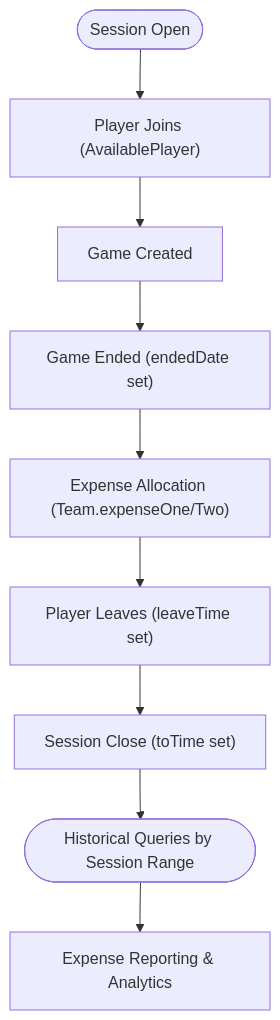
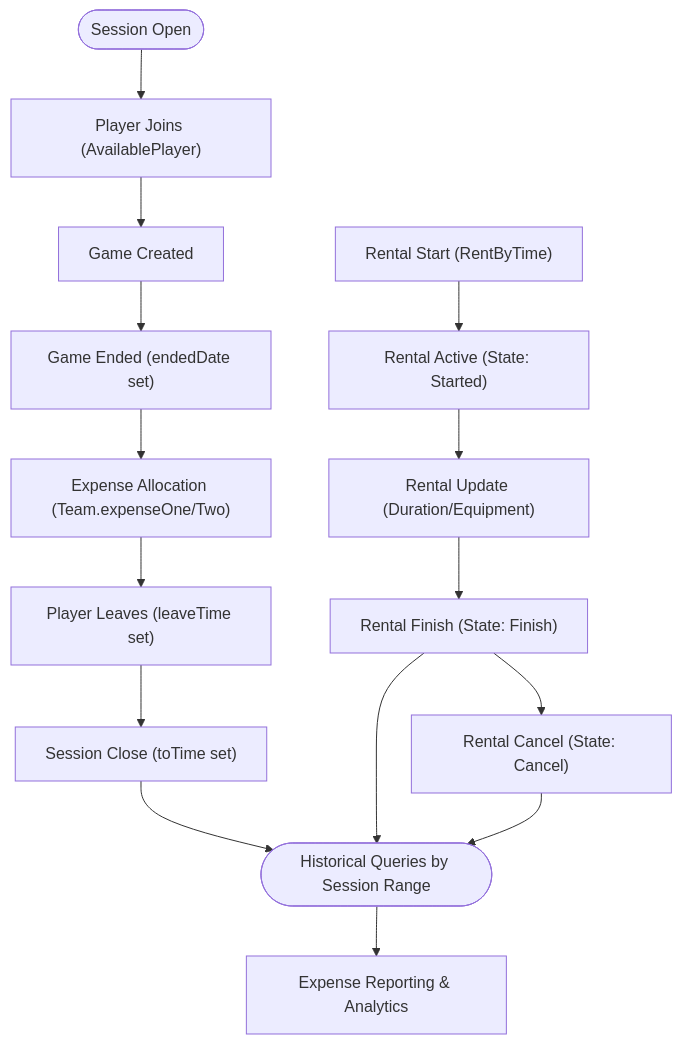
Before and after one commit to Vissel/badminton-court-management: the sixth of 12 diagrams in .qoder/repowiki/en/content/Data Management & Persistence.md, drawn with Mermaid. The commit also changed other lines of this file and 11 other files, not shown here.

````diff
--- a/.qoder/repowiki/en/content/Data Management & Persistence.md
+++ b/.qoder/repowiki/en/content/Data Management & Persistence.md
@@ -431,11 +539,17 @@
 ```mermaid
 flowchart TD
 S(["Session Open"]) --> Join["Player Joins (AvailablePlayer)"]
 Join --> Play["Game Created"]
 Play --> End["Game Ended (endedDate set)"]
 End --> Expense["Expense Allocation (Team.expenseOne/Two)"]
 Expense --> Leave["Player Leaves (leaveTime set)"]
 Leave --> Close["Session Close (toTime set)"]
 Close --> Archive(["Historical Queries by Session Range"])
 Archive --> Report["Expense Reporting & Analytics"]
+RentStart["Rental Start (RentByTime)"] --> RentActive["Rental Active (State: Started)"]
+RentActive --> RentUpdate["Rental Update (Duration/Equipment)"]
+RentUpdate --> RentFinish["Rental Finish (State: Finish)"]
+RentFinish --> RentCancel["Rental Cancel (State: Cancel)"]
+RentFinish --> Archive
+RentCancel --> Archive
 ```
````
